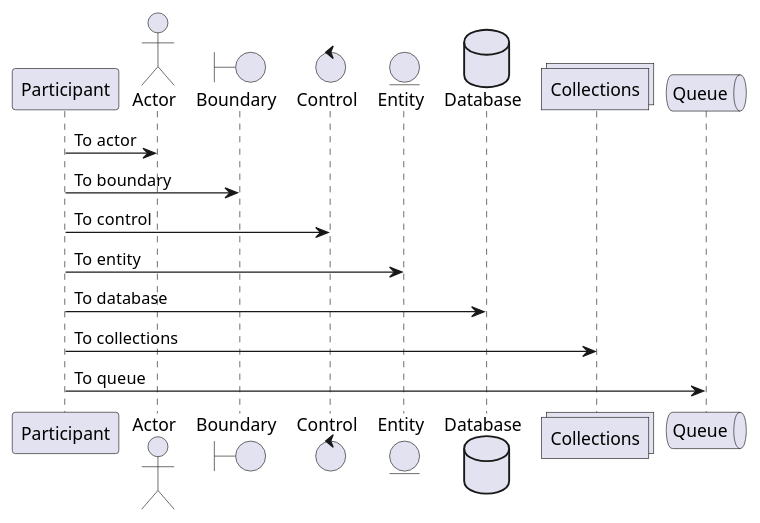
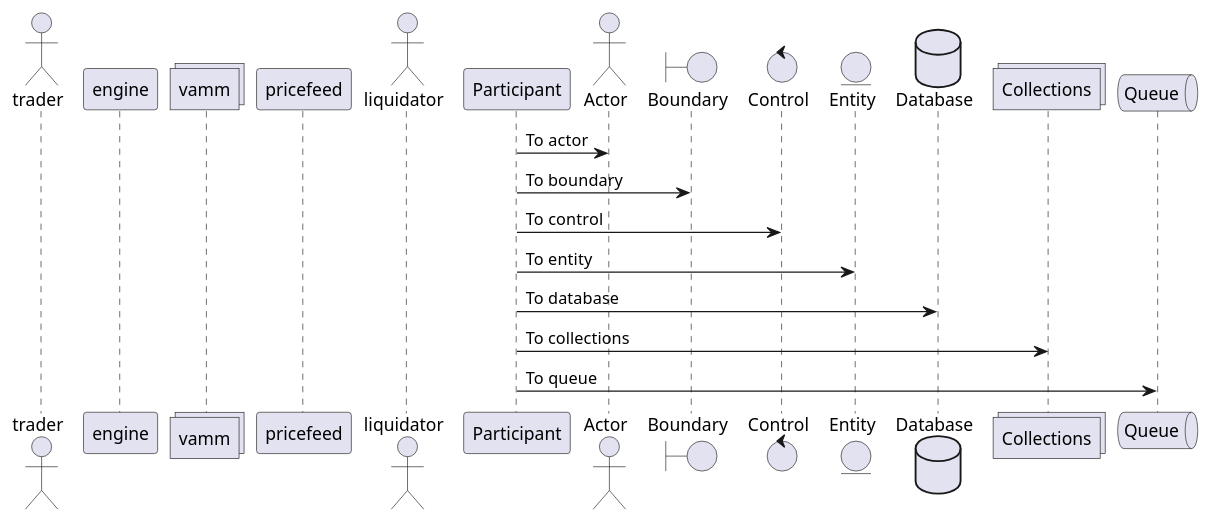
The diagram in architecture/puml-files/liq-pos.puml (margined-protocol/docs), drawn with PlantUML before and after one commit. The commit also changed 5 other files, not shown here.

```diff
--- a/architecture/puml-files/liq-pos.puml
+++ b/architecture/puml-files/liq-pos.puml
@@ -1,17 +1,24 @@
 @startuml liq-pos
+
+actor       trader       
+participant engine
+collections vamm
+participant pricefeed
+actor       liquidator       
+
 participant Participant
 actor       Actor       
 boundary    Boundary    
 control     Control     
 entity      Entity      
 database    Database    
 collections Collections 
 queue       Queue       
 Participant -> Actor : To actor 
 Participant -> Boundary : To boundary
 Participant -> Control : To control
 Participant -> Entity : To entity
 Participant -> Database : To database
 Participant -> Collections : To collections
 Participant -> Queue: To queue
 @enduml
```
